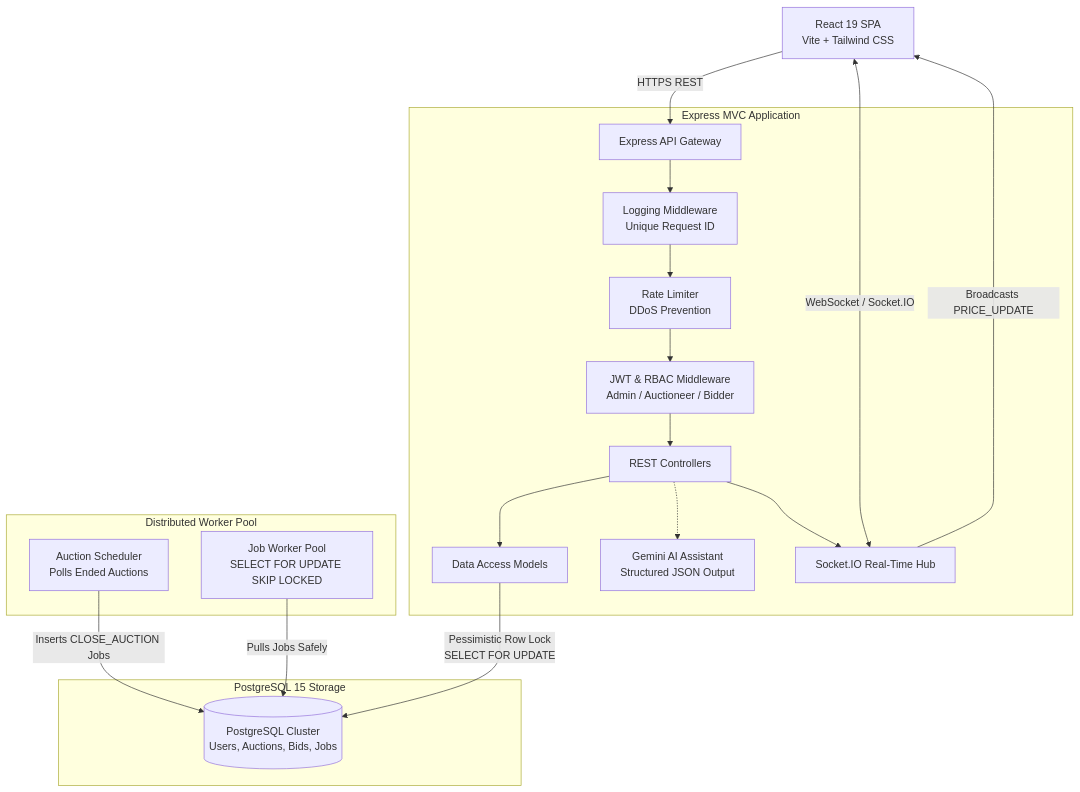
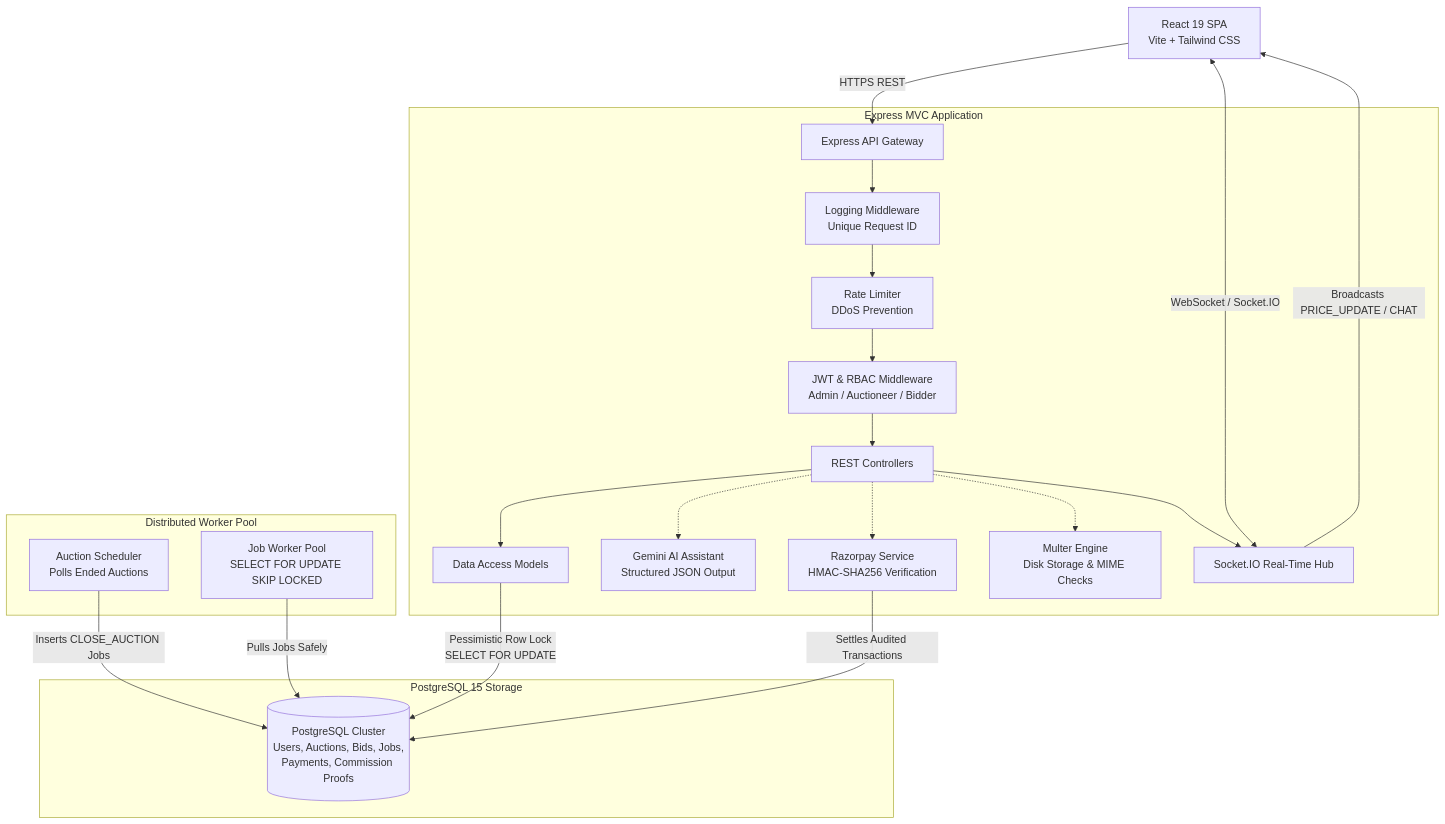
One commit to 23abhishek2024/auctionloom changed the diagram in README.md. Above: the diagram before and after it, drawn with Mermaid. The commit also changed other lines of this file and 1 other file, not shown here.

Commit message:
docs: update README and HLD with Razorpay escrow, Multer pipeline, moderation, and 98/98 tests

````diff
--- a/README.md
+++ b/README.md
@@ -26,35 +29,38 @@
 ```mermaid
 graph TD
     %% Client Layer
     Clients[React 19 SPA<br/>Vite + Tailwind CSS] -->|HTTPS REST| API[Express API Gateway]
     Clients <-->|WebSocket / Socket.IO| Sockets[Socket.IO Real-Time Hub]
 
     %% Middleware Layer
     subgraph Express MVC Application
         API --> Logger[Logging Middleware<br/>Unique Request ID]
         Logger --> RateLimiter[Rate Limiter<br/>DDoS Prevention]
         RateLimiter --> Auth[JWT & RBAC Middleware<br/>Admin / Auctioneer / Bidder]
         Auth --> Controllers[REST Controllers]
         
         Controllers --> Models[Data Access Models]
         Controllers -.-> AIService[Gemini AI Assistant<br/>Structured JSON Output]
+        Controllers -.-> RazorpayService[Razorpay Service<br/>HMAC-SHA256 Verification]
+        Controllers -.-> MulterPipeline[Multer Engine<br/>Disk Storage & MIME Checks]
         Controllers --> Sockets
     end
 
     %% Background Workers
     subgraph Distributed Worker Pool
         Scheduler[Auction Scheduler<br/>Polls Ended Auctions]
         JobWorker[Job Worker Pool<br/>SELECT FOR UPDATE SKIP LOCKED]
     end
 
     %% Database Layer
     subgraph PostgreSQL 15 Storage
-        DB[(PostgreSQL Cluster<br/>Users, Auctions, Bids, Jobs)]
+        DB[(PostgreSQL Cluster<br/>Users, Auctions, Bids, Jobs,<br/>Payments, Commission Proofs)]
     end
 
     %% Data Connections
     Models -->|Pessimistic Row Lock<br/>SELECT FOR UPDATE| DB
     Scheduler -->|Inserts CLOSE_AUCTION Jobs| DB
     JobWorker -->|Pulls Jobs Safely| DB
-    Sockets -->|Broadcasts PRICE_UPDATE| Clients
+    Sockets -->|Broadcasts PRICE_UPDATE / CHAT| Clients
+    RazorpayService -->|Settles Audited Transactions| DB
 ```
````
